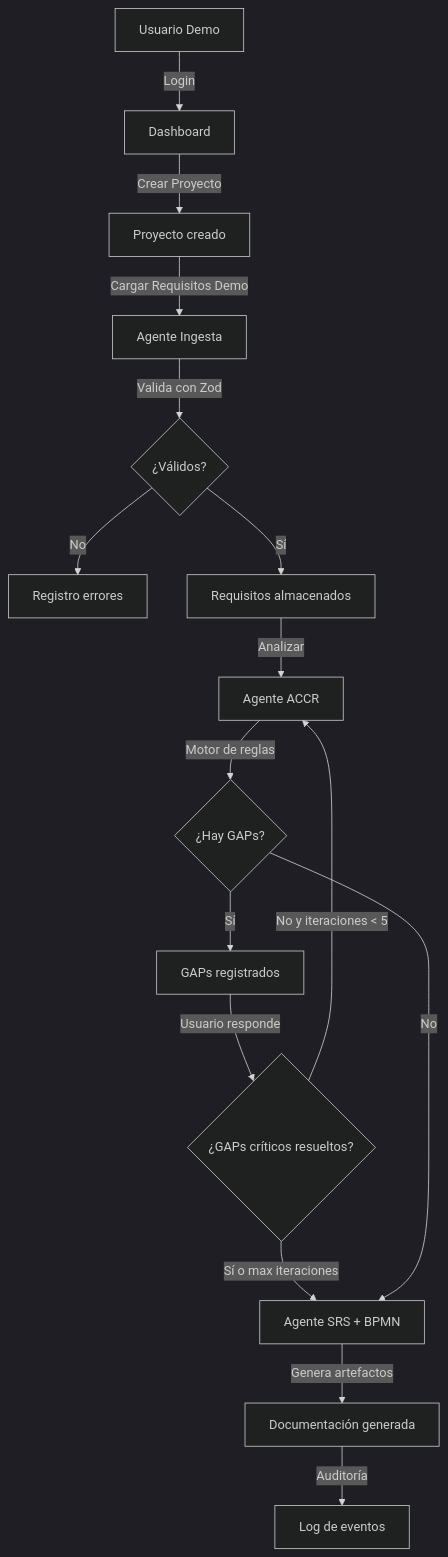
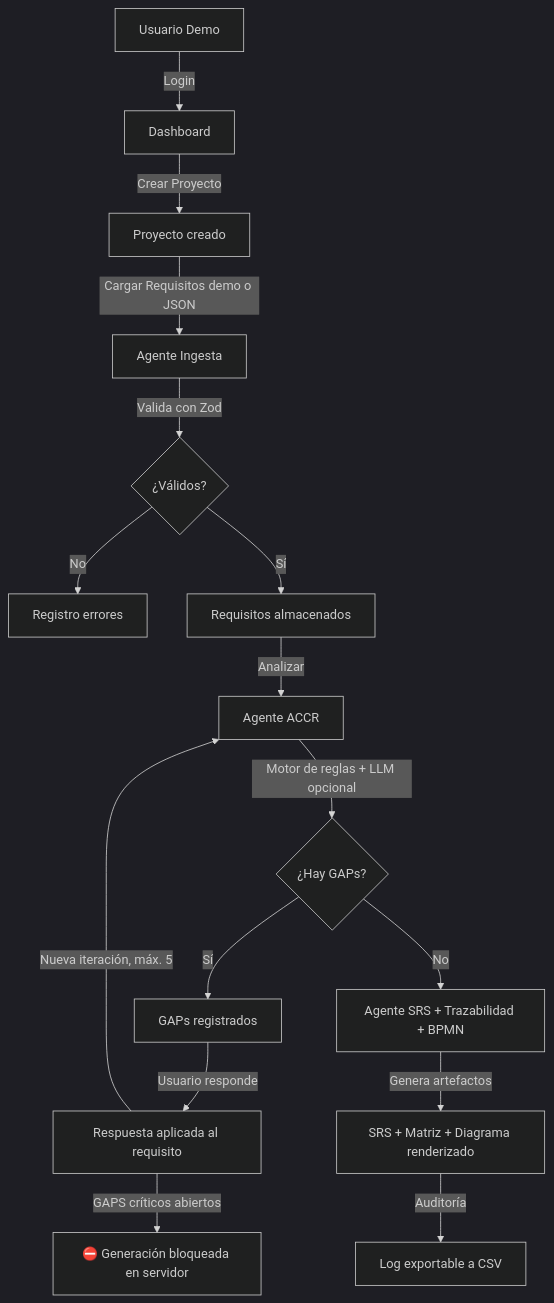
Before and after one commit to episergio/CogniFlow: the diagram in docs/informe-final.md, drawn with Mermaid (dark theme). The commit also changed other lines of this file and 21 other files, not shown here.

````diff
--- a/docs/informe-final.md
+++ b/docs/informe-final.md
@@ -64,18 +74,18 @@
 ```mermaid
 flowchart TD
     A[Usuario Demo] -->|Login| B[Dashboard]
     B -->|Crear Proyecto| C[Proyecto creado]
-    C -->|Cargar Requisitos Demo| D[Agente Ingesta]
+    C -->|Cargar Requisitos demo o JSON| D[Agente Ingesta]
     D -->|Valida con Zod| E{¿Válidos?}
     E -->|No| F[Registro errores]
     E -->|Sí| G[Requisitos almacenados]
     G -->|Analizar| H[Agente ACCR]
-    H -->|Motor de reglas| I{¿Hay GAPs?}
+    H -->|Motor de reglas + LLM opcional| I{¿Hay GAPs?}
     I -->|Sí| J[GAPs registrados]
-    J -->|Usuario responde| K{¿GAPs críticos resueltos?}
-    K -->|No y iteraciones < 5| H
-    K -->|Sí o max iteraciones| L[Agente SRS + BPMN]
-    L -->|Genera artefactos| M[Documentación generada]
-    M -->|Auditoría| N[Log de eventos]
-    I -->|No| L
+    J -->|Usuario responde| K[Respuesta aplicada al requisito]
+    K -->|Nueva iteración, máx. 5| H
+    K -->|GAPS críticos abiertos| L[⛔ Generación bloqueada en servidor]
+    I -->|No| M[Agente SRS + Trazabilidad + BPMN]
+    M -->|Genera artefactos| N[SRS + Matriz + Diagrama renderizado]
+    N -->|Auditoría| O[Log exportable a CSV]
 ```
````
